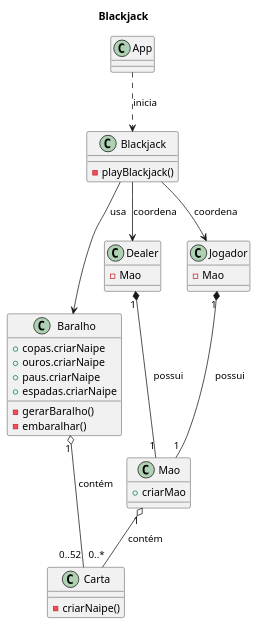
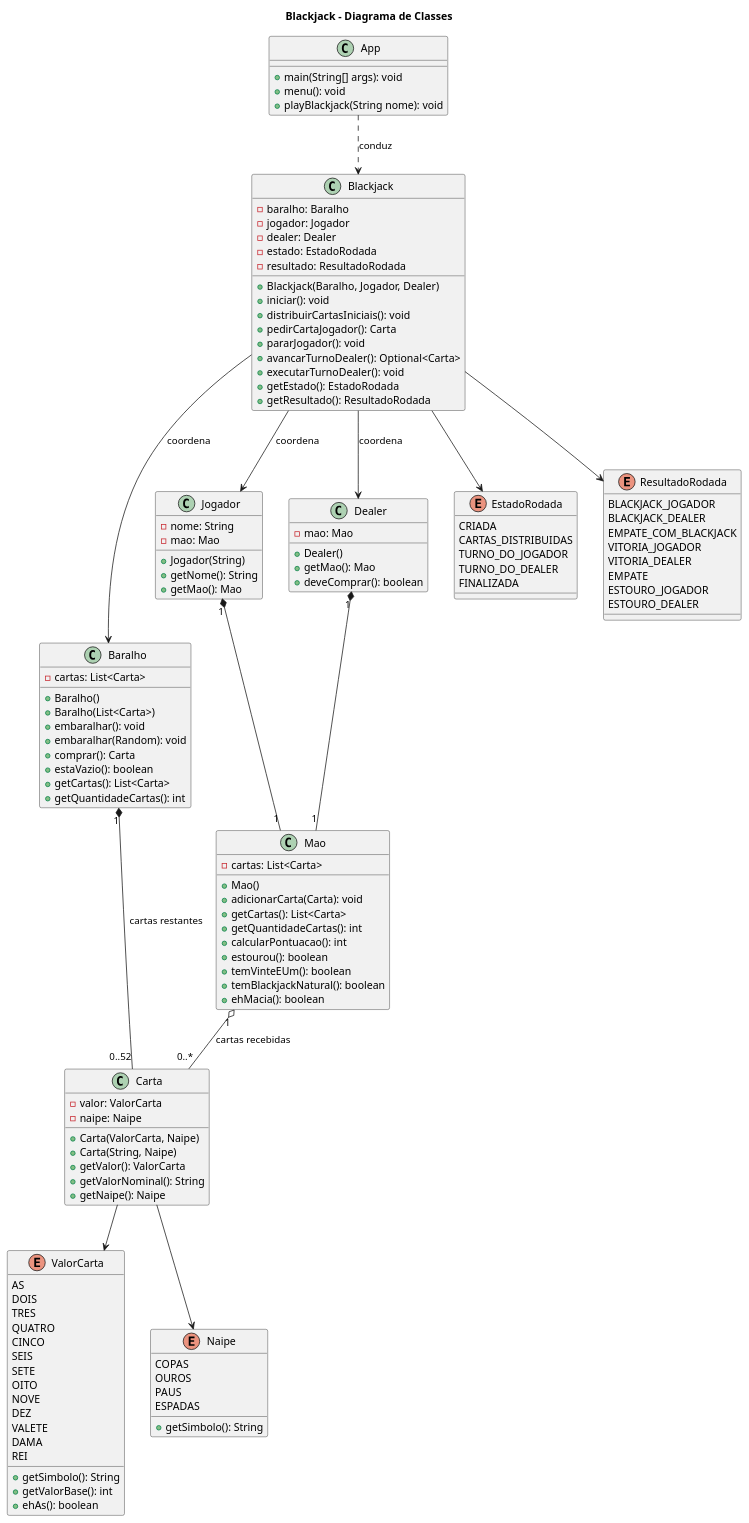
The diagram in BlackJack/blackjack.puml (otavio0machado/POO), drawn with PlantUML before and after one commit. The commit also changed 20 other files, not shown here.

```diff
--- a/BlackJack/blackjack.puml
+++ b/BlackJack/blackjack.puml
@@ -1,51 +1,146 @@
-title Blackjack
+@startuml
 
-class App{
-    
+title Blackjack - Diagrama de Classes
+
+class App {
+    + main(String[] args): void
+    + menu(): void
+    + playBlackjack(String nome): void
 }
 
+class Blackjack {
+    - baralho: Baralho
+    - jogador: Jogador
+    - dealer: Dealer
+    - estado: EstadoRodada
+    - resultado: ResultadoRodada
 
-
-class Blackjack{
-    - playBlackjack()
+    + Blackjack(Baralho, Jogador, Dealer)
+    + iniciar(): void
+    + distribuirCartasIniciais(): void
+    + pedirCartaJogador(): Carta
+    + pararJogador(): void
+    + avancarTurnoDealer(): Optional<Carta>
+    + executarTurnoDealer(): void
+    + getEstado(): EstadoRodada
+    + getResultado(): ResultadoRodada
 }
 
-class Baralho{
-    - gerarBaralho()
-    + copas.criarNaipe
-    + ouros.criarNaipe
-    + paus.criarNaipe
-    + espadas.criarNaipe
+class Baralho {
+    - cartas: List<Carta>
 
-    - embaralhar()
-    
-    
+    + Baralho()
+    + Baralho(List<Carta>)
+    + embaralhar(): void
+    + embaralhar(Random): void
+    + comprar(): Carta
+    + estaVazio(): boolean
+    + getCartas(): List<Carta>
+    + getQuantidadeCartas(): int
 }
 
-class Carta{
-    - criarNaipe()
-    
+class Carta {
+    - valor: ValorCarta
+    - naipe: Naipe
+
+    + Carta(ValorCarta, Naipe)
+    + Carta(String, Naipe)
+    + getValor(): ValorCarta
+    + getValorNominal(): String
+    + getNaipe(): Naipe
 }
 
-class Dealer{
-    - Mao
+enum ValorCarta {
+    AS
+    DOIS
+    TRES
+    QUATRO
+    CINCO
+    SEIS
+    SETE
+    OITO
+    NOVE
+    DEZ
+    VALETE
+    DAMA
+    REI
+
+    + getSimbolo(): String
+    + getValorBase(): int
+    + ehAs(): boolean
 }
 
-class Jogador{
-    - Mao
+enum Naipe {
+    COPAS
+    OUROS
+    PAUS
+    ESPADAS
+
+    + getSimbolo(): String
 }
 
-class Mao{
-    + criarMao
+class Jogador {
+    - nome: String
+    - mao: Mao
+
+    + Jogador(String)
+    + getNome(): String
+    + getMao(): Mao
 }
 
-App ..> Blackjack : inicia
+class Dealer {
+    - mao: Mao
 
-Blackjack --> Baralho : usa
+    + Dealer()
+    + getMao(): Mao
+    + deveComprar(): boolean
+}
+
+class Mao {
+    - cartas: List<Carta>
+
+    + Mao()
+    + adicionarCarta(Carta): void
+    + getCartas(): List<Carta>
+    + getQuantidadeCartas(): int
+    + calcularPontuacao(): int
+    + estourou(): boolean
+    + temVinteEUm(): boolean
+    + temBlackjackNatural(): boolean
+    + ehMacia(): boolean
+}
+
+enum EstadoRodada {
+    CRIADA
+    CARTAS_DISTRIBUIDAS
+    TURNO_DO_JOGADOR
+    TURNO_DO_DEALER
+    FINALIZADA
+}
+
+enum ResultadoRodada {
+    BLACKJACK_JOGADOR
+    BLACKJACK_DEALER
+    EMPATE_COM_BLACKJACK
+    VITORIA_JOGADOR
+    VITORIA_DEALER
+    EMPATE
+    ESTOURO_JOGADOR
+    ESTOURO_DEALER
+}
+
+App ..> Blackjack : conduz
+Blackjack --> Baralho : coordena
 Blackjack --> Jogador : coordena
 Blackjack --> Dealer : coordena
+Blackjack --> EstadoRodada
+Blackjack --> ResultadoRodada
 
-Baralho "1" o-- "0..52" Carta : contém
-Jogador "1" *-- "1" Mao : possui
-Dealer "1" *-- "1" Mao : possui
-Mao "1" o-- "0..*" Carta : contém
+Baralho "1" *-- "0..52" Carta : cartas restantes
+Carta --> ValorCarta
+Carta --> Naipe
+Jogador "1" *-- "1" Mao
+Dealer "1" *-- "1" Mao
+Mao "1" o-- "0..*" Carta : cartas recebidas
+
+@enduml
```
